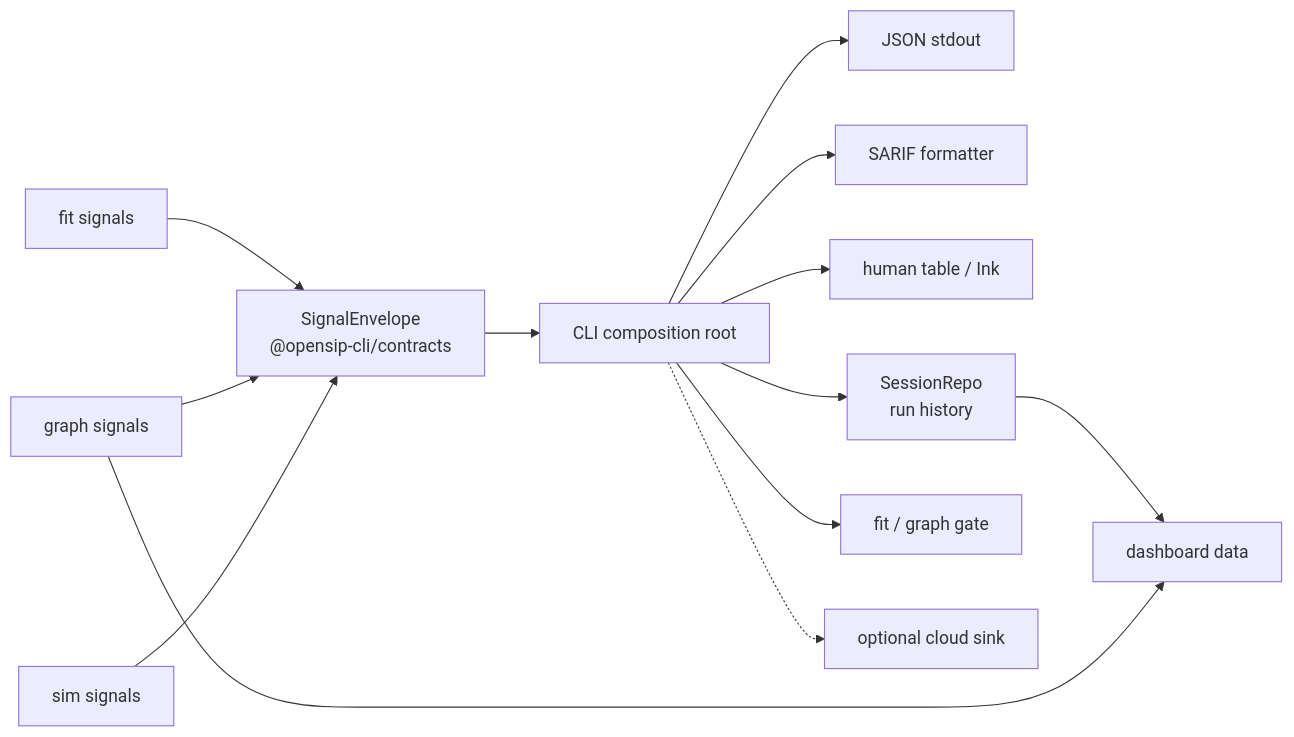
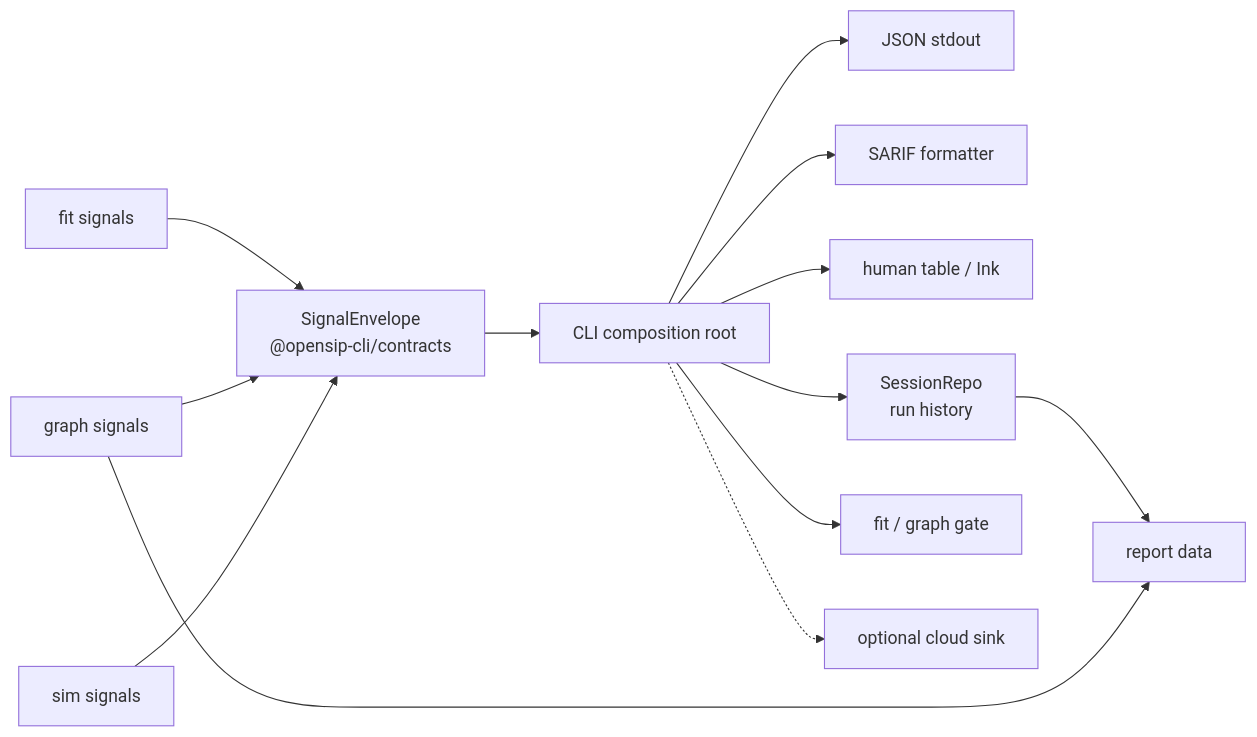
The diagram in docs/public/10-concepts/04-contract-surfaces.md (opensip-ai/opensip-cli), drawn with Mermaid before and after one commit. The commit also changed other lines of this file and 107 other files, not shown here.

Commit message:
feat(cli): rename dashboard surface to report

````diff
--- a/docs/public/10-concepts/04-contract-surfaces.md
+++ b/docs/public/10-concepts/04-contract-surfaces.md
@@ -116,28 +116,28 @@
 ```mermaid
 flowchart LR
   Fit["fit signals"]
   Graph["graph signals"]
   Sim["sim signals"]
   Envelope["SignalEnvelope<br/>@opensip-cli/contracts"]
   Root["CLI composition root"]
   Json["JSON stdout"]
   Sarif["SARIF formatter"]
   Table["human table / Ink"]
   Session["SessionRepo<br/>run history"]
   Gate["fit / graph gate"]
   Cloud["optional cloud sink"]
-  Dashboard["dashboard data"]
+  Dashboard["report data"]
 
   Fit --> Envelope
   Graph --> Envelope
   Sim --> Envelope
   Envelope --> Root
   Root --> Json
   Root --> Sarif
   Root --> Table
   Root --> Session
   Root --> Gate
   Root -.-> Cloud
   Session --> Dashboard
   Graph --> Dashboard
 ```
````
